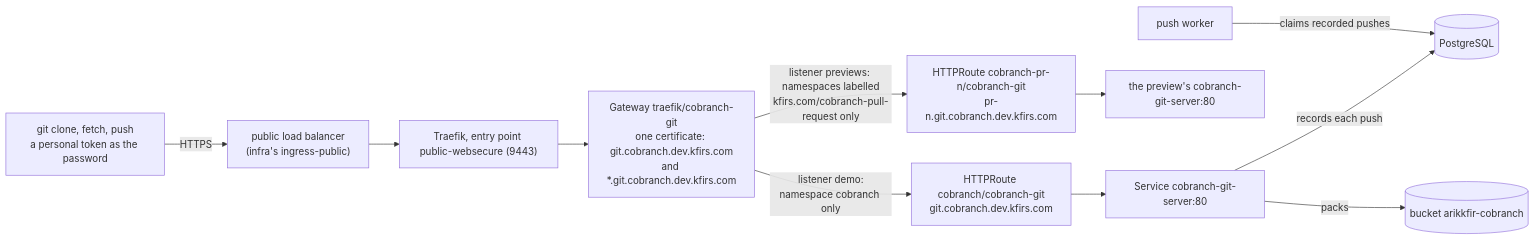
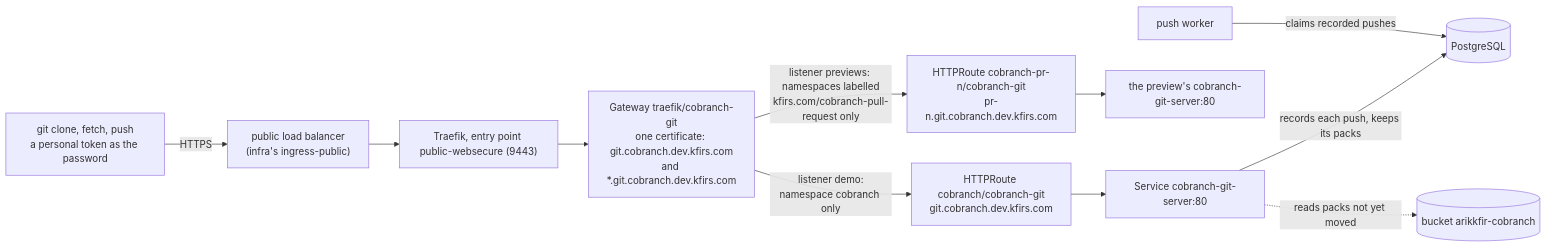
One commit to arikkfir-org/delivery changed the third of 3 diagrams in docs/delivery/designs/cobranch.md. Above: the diagram before and after it, drawn with Mermaid. The commit also changed other lines of this file and 5 other files, not shown here.

First line of the commit message:
feat(cobranch): keep the demo's and the previews' Git packs in PostgreSQL

````diff
--- a/docs/delivery/designs/cobranch.md
+++ b/docs/delivery/designs/cobranch.md
@@ -84,13 +86,13 @@
 ```mermaid
 flowchart LR
   Client["git clone, fetch, push<br/>a personal token as the password"] -- "HTTPS" --> LB["public load balancer<br/>(infra's ingress-public)"]
   LB --> EP["Traefik, entry point public-websecure (9443)"]
   EP --> GW["Gateway traefik/cobranch-git<br/>one certificate: git.cobranch.dev.kfirs.com<br/>and *.git.cobranch.dev.kfirs.com"]
   GW -- "listener demo:<br/>namespace cobranch only" --> R1["HTTPRoute cobranch/cobranch-git<br/>git.cobranch.dev.kfirs.com"]
   GW -- "listener previews: namespaces labelled<br/>kfirs.com/cobranch-pull-request only" --> R2["HTTPRoute cobranch-pr-n/cobranch-git<br/>pr-n.git.cobranch.dev.kfirs.com"]
   R1 --> S1["Service cobranch-git-server:80"]
   R2 --> S2["the preview's cobranch-git-server:80"]
-  S1 -- "records each push" --> DB[("PostgreSQL")]
-  S1 -- "packs" --> Bucket[("bucket arikkfir-cobranch")]
+  S1 -- "records each push, keeps its packs" --> DB[("PostgreSQL")]
+  S1 -. "reads packs not yet moved" .-> Bucket[("bucket arikkfir-cobranch")]
   Worker["push worker"] -- "claims recorded pushes" --> DB
 ```
````
